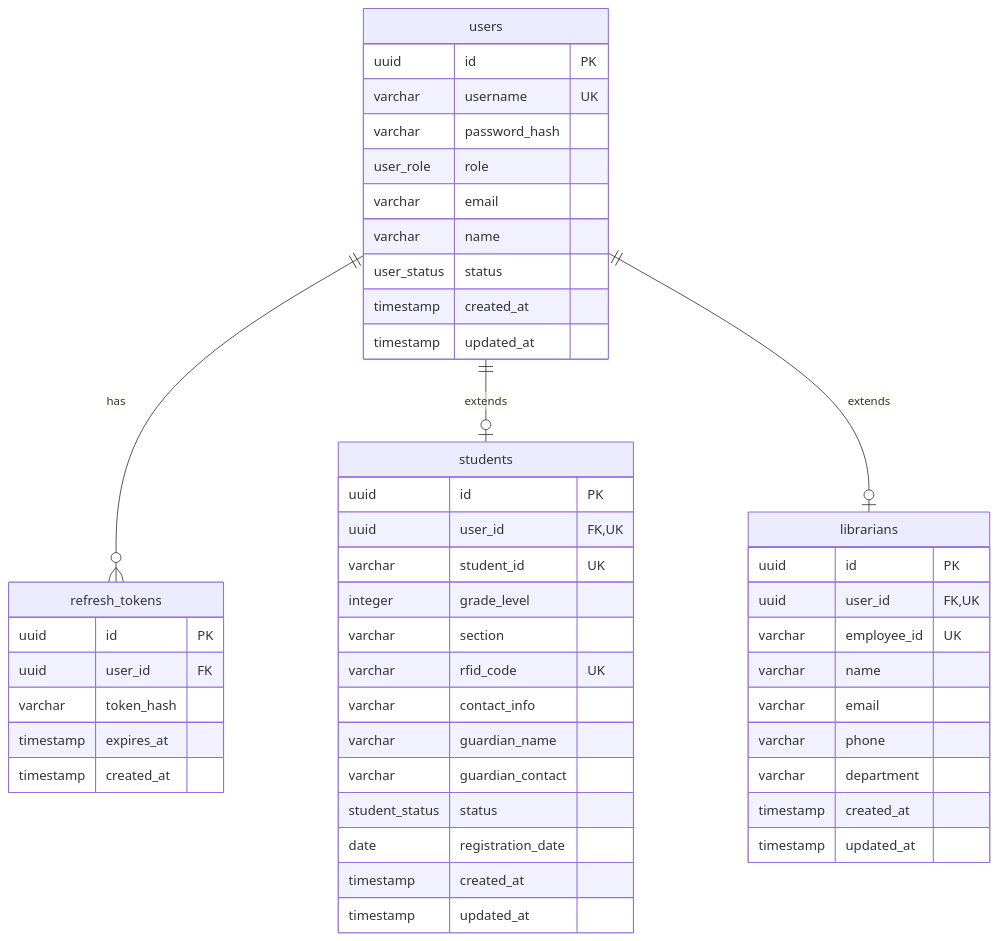
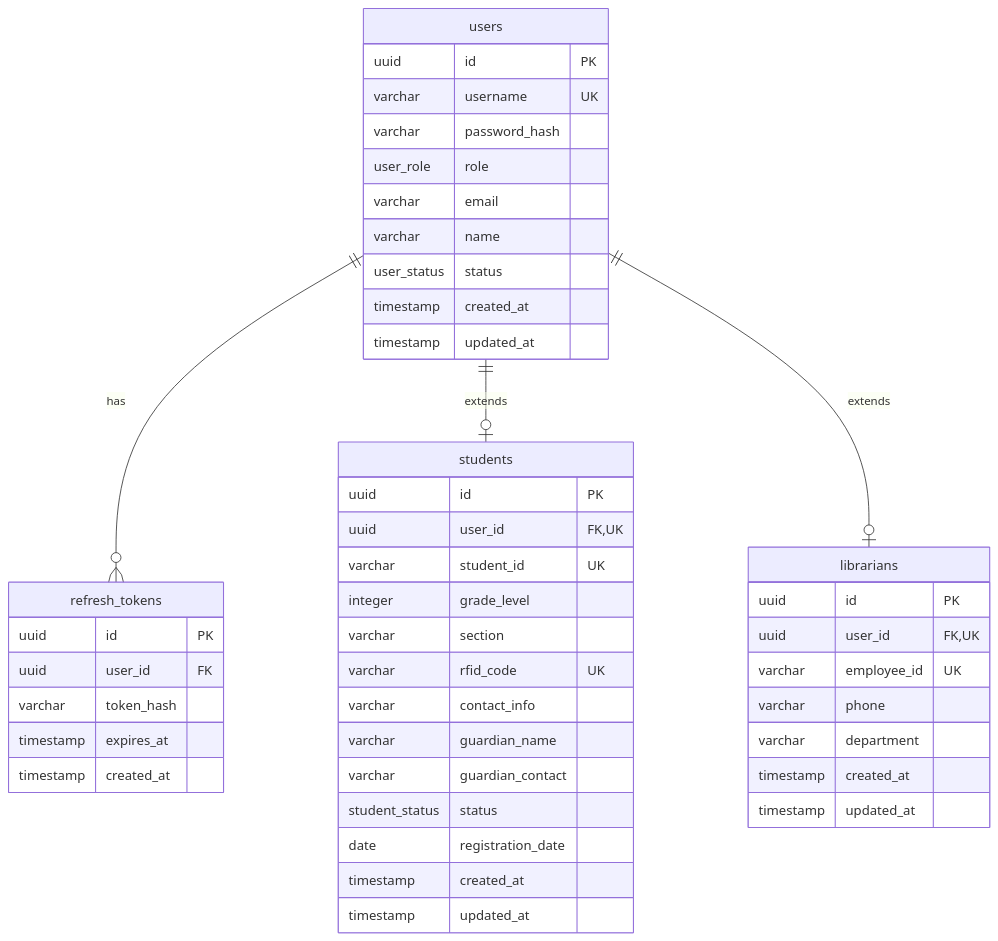
One commit to Skufu/HolyRedeemer changed the second of 6 diagrams in DATABASE_SCHEMA.md. Above: the diagram before and after it, drawn with Mermaid. The commit also changed other lines of this file, not shown here.

Commit message:
fix: database schema remove duplciates

````diff
--- a/DATABASE_SCHEMA.md
+++ b/DATABASE_SCHEMA.md
@@ -55,54 +80,52 @@
 ```mermaid
 erDiagram
     users {
         uuid id PK
         varchar username UK
         varchar password_hash
         user_role role
         varchar email
         varchar name
         user_status status
         timestamp created_at
         timestamp updated_at
     }
     
     refresh_tokens {
         uuid id PK
         uuid user_id FK
         varchar token_hash
         timestamp expires_at
         timestamp created_at
     }
     
     students {
         uuid id PK
         uuid user_id FK,UK
         varchar student_id UK
         integer grade_level
         varchar section
         varchar rfid_code UK
         varchar contact_info
         varchar guardian_name
         varchar guardian_contact
         student_status status
         date registration_date
         timestamp created_at
         timestamp updated_at
     }
     
     librarians {
         uuid id PK
         uuid user_id FK,UK
         varchar employee_id UK
-        varchar name
-        varchar email
         varchar phone
         varchar department
         timestamp created_at
         timestamp updated_at
     }
     
     users ||--o{ refresh_tokens : "has"
     users ||--o| students : "extends"
     users ||--o| librarians : "extends"
 ```
````
